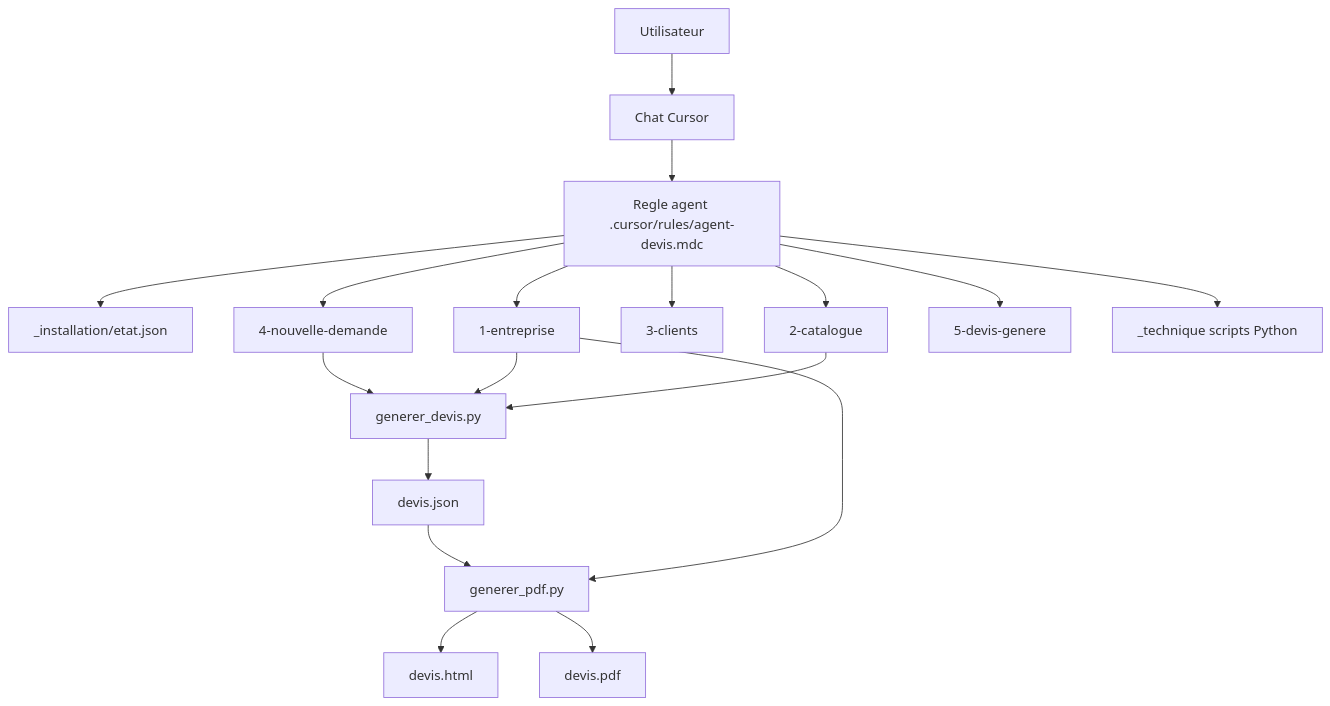
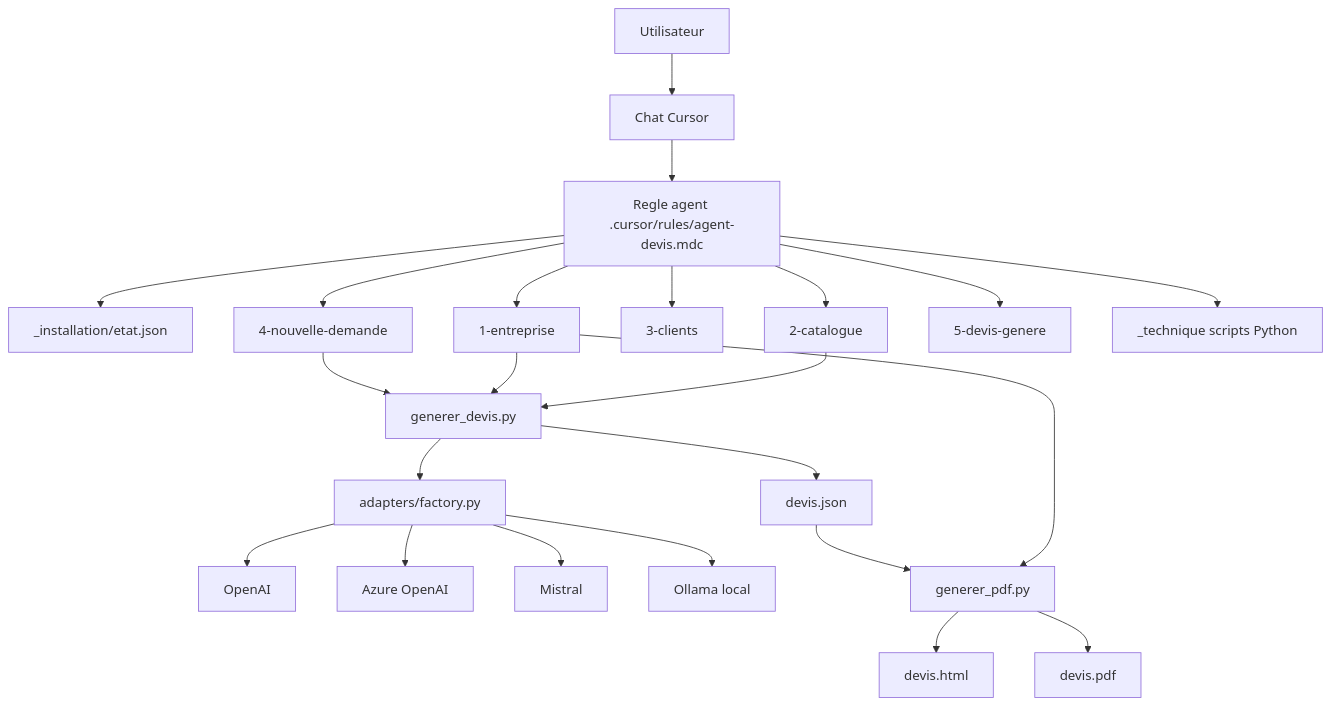
The diagram in ARCHITECTURE.md (marielauregallez/ia-devis), drawn with Mermaid before and after one commit. The commit also changed other lines of this file and 21 other files, not shown here.

First line of the commit message:
Add neutral provider layer, schemas, CI, and governance controls.

````diff
--- a/ARCHITECTURE.md
+++ b/ARCHITECTURE.md
@@ -9,21 +9,26 @@
 ```mermaid
 flowchart TD
     U[Utilisateur] --> C[Chat Cursor]
     C --> R[Regle agent .cursor/rules/agent-devis.mdc]
     R --> S[_installation/etat.json]
     R --> E1[1-entreprise]
     R --> E2[2-catalogue]
     R --> E3[3-clients]
     R --> E4[4-nouvelle-demande]
     R --> E5[5-devis-genere]
     R --> T[_technique scripts Python]
 
     E4 --> GD[generer_devis.py]
+    GD --> F[adapters/factory.py]
+    F --> OAI[OpenAI]
+    F --> AZ[Azure OpenAI]
+    F --> MIS[Mistral]
+    F --> OLL[Ollama local]
     E1 --> GD
     E2 --> GD
     GD --> J[devis.json]
     J --> GP[generer_pdf.py]
     E1 --> GP
     GP --> H[devis.html]
     GP --> P[devis.pdf]
 ```
````
